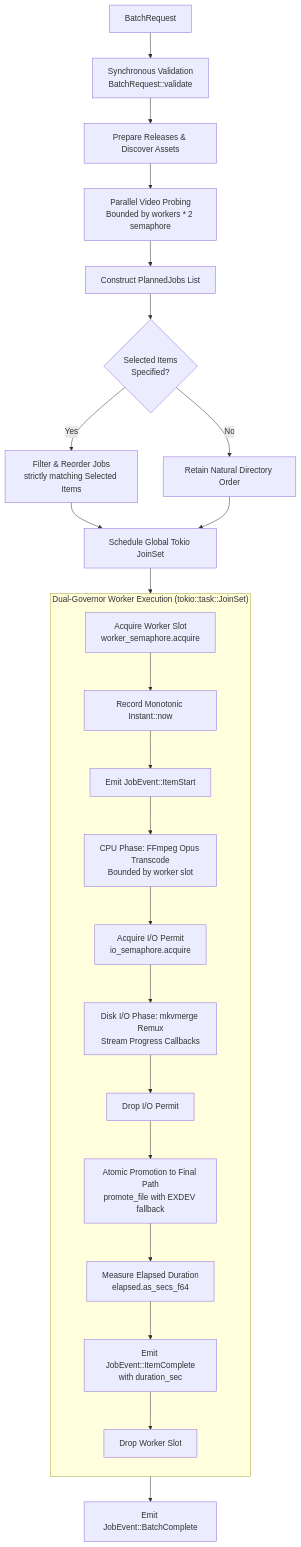
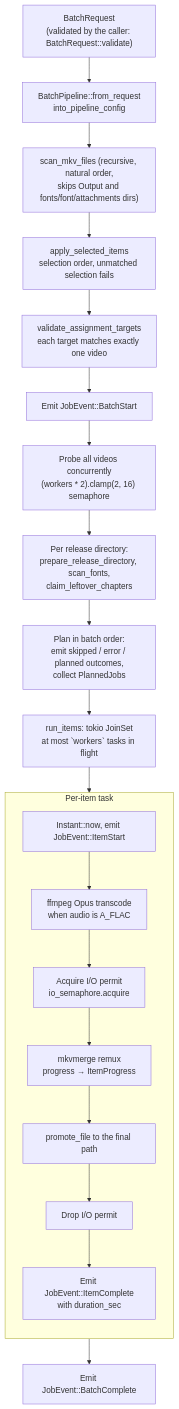
The fifth of 8 diagrams in architecture.md (Si-Forces/mkvanimebatch), drawn with Mermaid before and after one commit. The commit also changed other lines of this file and 78 other files, not shown here.

````diff
--- a/architecture.md
+++ b/architecture.md
@@ -343,31 +345,25 @@
 ```mermaid
 flowchart TD
-    Req[BatchRequest] --> Val[Synchronous Validation\nBatchRequest::validate]
-    Val --> Prep[Prepare Releases & Discover Assets]
-    Prep --> Probe[Parallel Video Probing\nBounded by workers * 2 semaphore]
-    Probe --> Plan[Construct PlannedJobs List]
-    Plan --> Filter{Selected Items\nSpecified?}
+    Req["BatchRequest\n(validated by the caller: BatchRequest::validate)"] --> Config["BatchPipeline::from_request\ninto_pipeline_config"]
+    Config --> Discover["scan_mkv_files (recursive, natural order,\nskips Output and fonts/font/attachments dirs)"]
+    Discover --> Select["apply_selected_items\nselection order, unmatched selection fails"]
+    Select --> Targets["validate_assignment_targets\neach target matches exactly one video"]
+    Targets --> Start["Emit JobEvent::BatchStart"]
+    Start --> Probe["Probe all videos concurrently\n(workers * 2).clamp(2, 16) semaphore"]
+    Probe --> Prep["Per release directory:\nprepare_release_directory, scan_fonts,\nclaim_leftover_chapters"]
+    Prep --> Plan["Plan in batch order:\nemit skipped / error / planned outcomes,\ncollect PlannedJobs"]
+    Plan --> Schedule["run_items: tokio JoinSet\nat most `workers` tasks in flight"]
 
-    Filter -- Yes --> ApplyFilter[Filter & Reorder Jobs\nstrictly matching Selected Items]
-    Filter -- No --> KeepAll[Retain Natural Directory Order]
-
-    ApplyFilter --> Schedule[Schedule Global Tokio JoinSet]
-    KeepAll --> Schedule
-
-    subgraph WorkerPool["Dual-Governor Worker Execution (tokio::task::JoinSet)"]
+    subgraph ItemTask["Per-item task"]
         direction TB
-        AcquireWorker[Acquire Worker Slot\nworker_semaphore.acquire] --> StartTimer[Record Monotonic Instant::now]
-        StartTimer --> EmitStart[Emit JobEvent::ItemStart]
-        EmitStart --> Transcode[CPU Phase: FFmpeg Opus Transcode\nBounded by worker slot]
-        Transcode --> AcquireIO[Acquire I/O Permit\nio_semaphore.acquire]
-        AcquireIO --> Mux[Disk I/O Phase: mkvmerge Remux\nStream Progress Callbacks]
-        Mux --> ReleaseIO[Drop I/O Permit]
-        ReleaseIO --> Promote[Atomic Promotion to Final Path\npromote_file with EXDEV fallback]
-        Promote --> StopTimer[Measure Elapsed Duration\nelapsed.as_secs_f64]
-        StopTimer --> EmitDone[Emit JobEvent::ItemComplete\nwith duration_sec]
-        EmitDone --> ReleaseWorker[Drop Worker Slot]
+        StartTimer["Instant::now, emit JobEvent::ItemStart"] --> Transcode["ffmpeg Opus transcode\nwhen audio is A_FLAC"]
+        Transcode --> AcquireIO["Acquire I/O permit\nio_semaphore.acquire"]
+        AcquireIO --> Mux["mkvmerge remux\nprogress → ItemProgress"]
+        Mux --> Promote["promote_file to the final path"]
+        Promote --> ReleaseIO["Drop I/O permit"]
+        ReleaseIO --> EmitDone["Emit JobEvent::ItemComplete\nwith duration_sec"]
     end
 
-    Schedule --> WorkerPool
-    WorkerPool --> BatchDone[Emit JobEvent::BatchComplete]
+    Schedule --> ItemTask
+    ItemTask --> BatchDone["Emit JobEvent::BatchComplete"]
 ```
````
